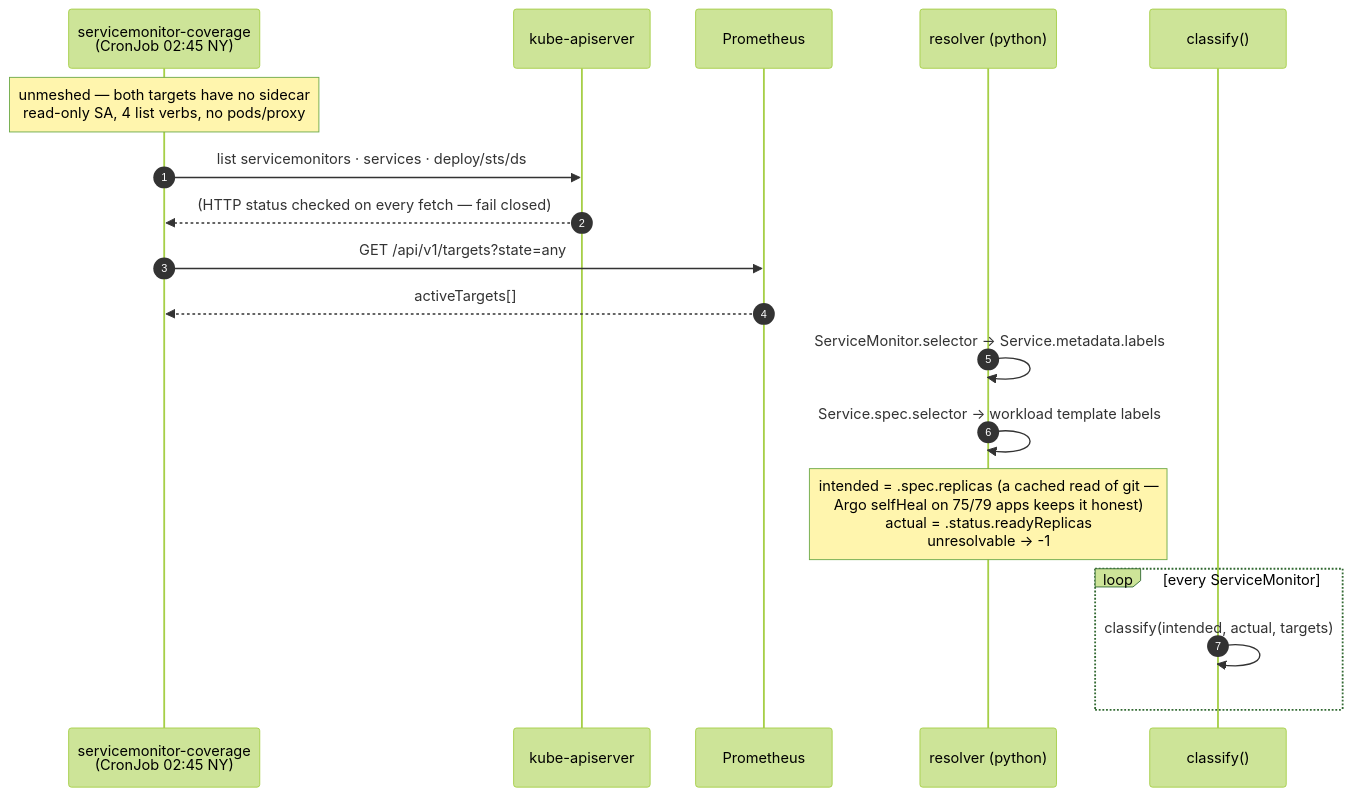
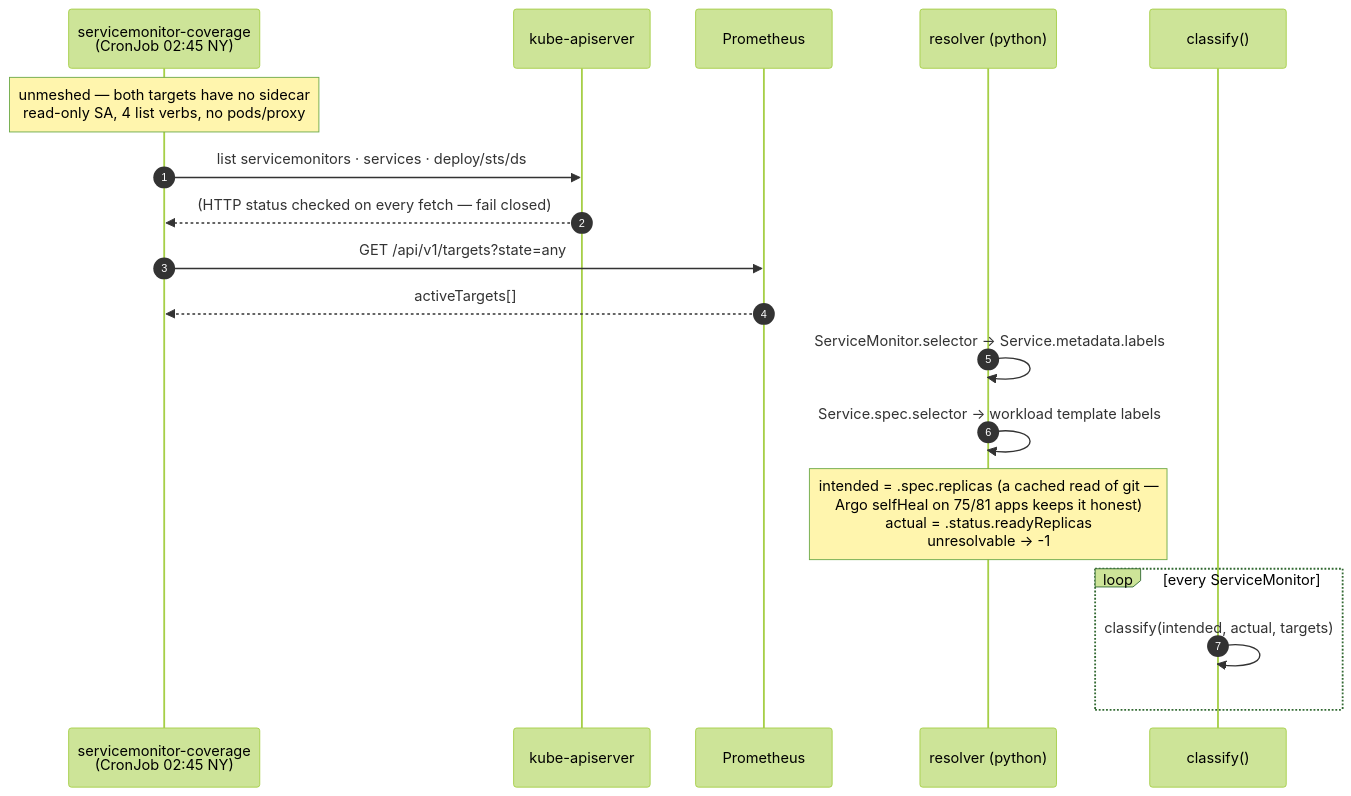
One commit to edtbl76/weyland-lab changed the second of 3 diagrams in docs/diagrams/flow-servicemonitor-coverage.md. Above: the diagram before and after it, drawn with Mermaid (forest theme). The commit also changed 23 other files, not shown here.

````diff
--- a/docs/diagrams/flow-servicemonitor-coverage.md
+++ b/docs/diagrams/flow-servicemonitor-coverage.md
@@ -36,24 +36,24 @@
 ```mermaid
 sequenceDiagram
     autonumber
     participant CJ as servicemonitor-coverage<br/>(CronJob 02:45 NY)
     participant API as kube-apiserver
     participant PROM as Prometheus
     participant RES as resolver (python)
     participant CLS as classify()
 
     Note over CJ: unmeshed — both targets have no sidecar<br/>read-only SA, 4 list verbs, no pods/proxy
 
     CJ->>API: list servicemonitors · services · deploy/sts/ds
     API-->>CJ: (HTTP status checked on every fetch — fail closed)
     CJ->>PROM: GET /api/v1/targets?state=any
     PROM-->>CJ: activeTargets[]
 
     RES->>RES: ServiceMonitor.selector → Service.metadata.labels
     RES->>RES: Service.spec.selector → workload template labels
-    Note over RES: intended = .spec.replicas (a cached read of git —<br/>Argo selfHeal on 75/79 apps keeps it honest)<br/>actual = .status.readyReplicas<br/>unresolvable → -1
+    Note over RES: intended = .spec.replicas (a cached read of git —<br/>Argo selfHeal on 75/81 apps keeps it honest)<br/>actual = .status.readyReplicas<br/>unresolvable → -1
 
     loop every ServiceMonitor
     CLS->>CLS: classify(intended, actual, targets)
     end
 ```
````
